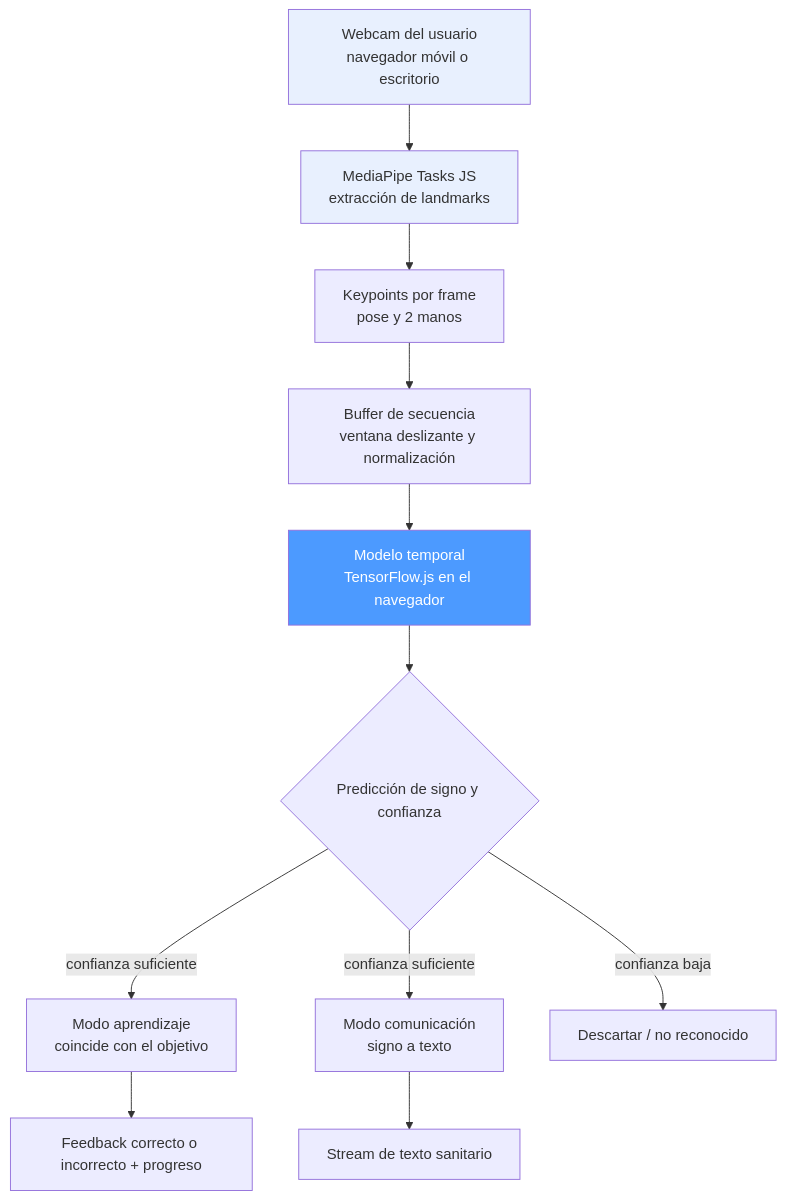
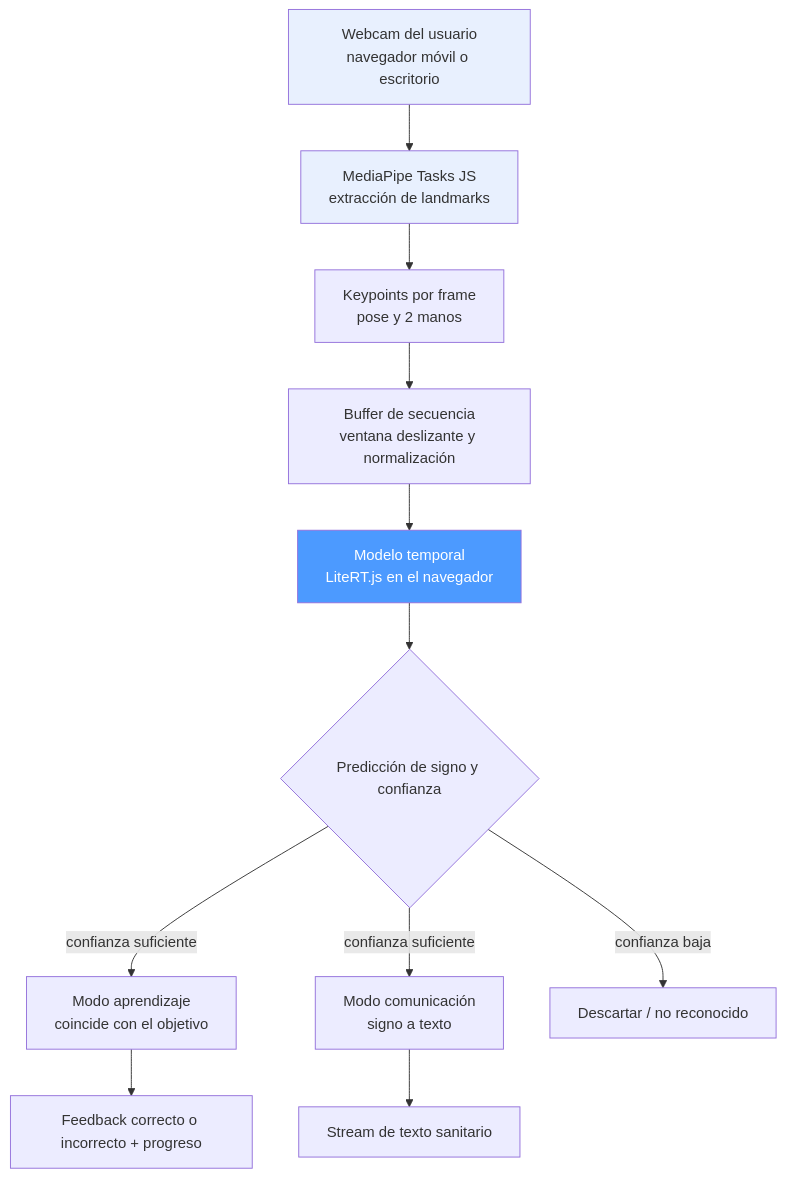
Before and after one commit to danielgs29/reconocedor-lse: the first of 3 diagrams in ARQUITECTURA.md, drawn with Mermaid. The commit also changed other lines of this file and 3 other files, not shown here.

First line of the commit message:
Exporta el modelo a .tflite para el navegador con LiteRT.js

````diff
--- a/ARQUITECTURA.md
+++ b/ARQUITECTURA.md
@@ -12,17 +12,17 @@
 ```mermaid
 flowchart TD
     A["Webcam del usuario<br/>navegador móvil o escritorio"] --> B["MediaPipe Tasks JS<br/>extracción de landmarks"]
     B --> C["Keypoints por frame<br/>pose y 2 manos"]
     C --> D["Buffer de secuencia<br/>ventana deslizante y normalización"]
-    D --> E["Modelo temporal<br/>TensorFlow.js en el navegador"]
+    D --> E["Modelo temporal<br/>LiteRT.js en el navegador"]
     E --> F{"Predicción de signo y confianza"}
     F -->|"confianza suficiente"| G["Modo aprendizaje<br/>coincide con el objetivo"]
     F -->|"confianza suficiente"| H["Modo comunicación<br/>signo a texto"]
     F -->|"confianza baja"| I["Descartar / no reconocido"]
     G --> J["Feedback correcto o incorrecto + progreso"]
     H --> K["Stream de texto sanitario"]
 
     style E fill:#4C9AFF,color:#fff
     style A fill:#E8F0FE
     style B fill:#E8F0FE
 ```
````
